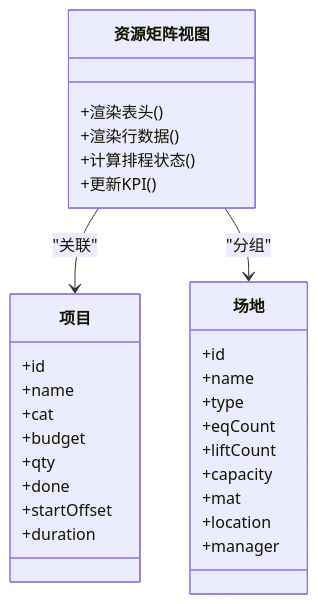
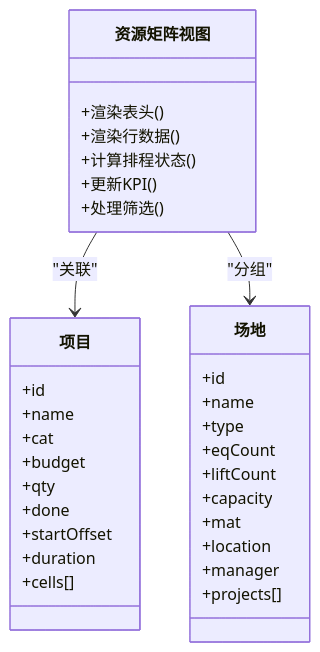
Before and after one commit to JiaStan/shizhi_system_df: the fourth of 6 diagrams in .qoder/repowiki/zh/content/前端界面/功能模块界面/资源占用看板.md, drawn with Mermaid. The commit also changed other lines of this file and 53 other files, not shown here.

````diff
--- a/.qoder/repowiki/zh/content/前端界面/功能模块界面/资源占用看板.md
+++ b/.qoder/repowiki/zh/content/前端界面/功能模块界面/资源占用看板.md
@@ -178,32 +163,35 @@
 ```mermaid
 classDiagram
 class 资源矩阵视图 {
 +渲染表头()
 +渲染行数据()
 +计算排程状态()
 +更新KPI()
++处理筛选()
 }
 class 项目 {
 +id
 +name
 +cat
 +budget
 +qty
 +done
 +startOffset
 +duration
++cells[]
 }
 class 场地 {
 +id
 +name
 +type
 +eqCount
 +liftCount
 +capacity
 +mat
 +location
 +manager
++projects[]
 }
 资源矩阵视图 --> 项目 : "关联"
 资源矩阵视图 --> 场地 : "分组"
 ```
````
